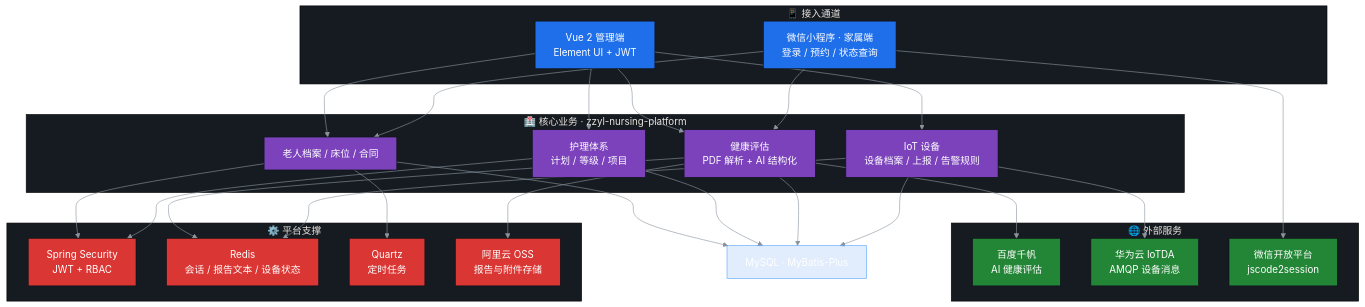
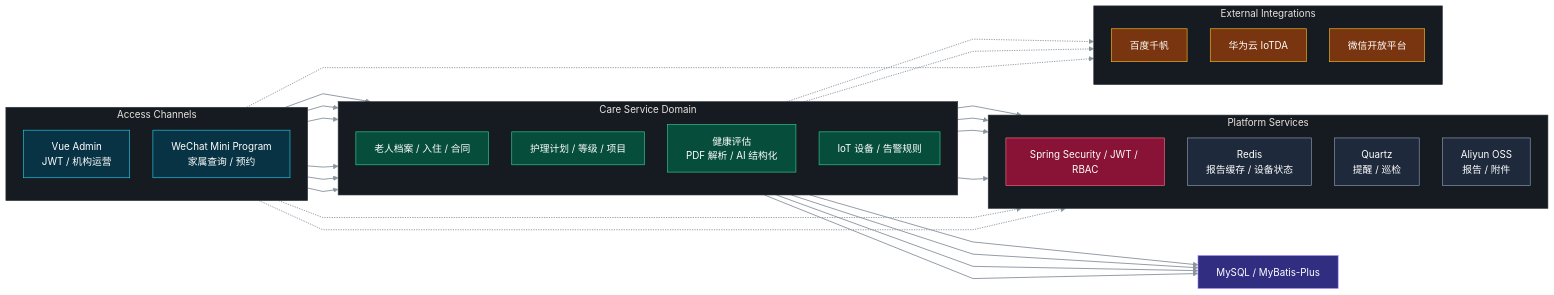
The fourth of 4 diagrams in README.md (1byteone/1byteone), drawn with Mermaid before and after one commit. The commit also changed other lines of this file, not shown here.

Commit message:
style: refine mermaid architecture diagrams

````diff
--- a/README.md
+++ b/README.md
@@ -478,62 +503,69 @@
 ```mermaid
-%%{init: {'theme':'base','themeVariables': {'background':'#0d1117','primaryColor':'#1f6feb22','primaryTextColor':'#ffffff','primaryBorderColor':'#58a6ff','lineColor':'#8b949e','tertiaryColor':'#161b22','fontFamily':'ui-monospace, SFMono-Regular, Menlo, Monaco, Consolas, monospace'}}}%%
-flowchart TB
-    subgraph Channels["📱 接入通道"]
-        ADMIN["Vue 2 管理端<br/>Element UI + JWT"]
-        MINIAPP["微信小程序 · 家属端<br/>登录 / 预约 / 状态查询"]
+%%{init: {"theme":"base","flowchart":{"curve":"linear","nodeSpacing":38,"rankSpacing":50},"themeVariables":{"background":"#0d1117","primaryTextColor":"#e6edf3","lineColor":"#8b949e","tertiaryColor":"#161b22","clusterBkg":"#161b22","clusterBorder":"#30363d","edgeLabelBackground":"#0d1117","fontFamily":"ui-monospace, SFMono-Regular, Menlo, Monaco, Consolas, monospace"}}}%%
+flowchart LR
+    subgraph CHANNEL["Access Channels"]
+        direction TB
+        ADMIN["Vue Admin<br/>JWT / 机构运营"]
+        MINI["WeChat Mini Program<br/>家属查询 / 预约"]
     end
 
-    subgraph Business["🏥 核心业务 · zzyl-nursing-platform"]
-        ELDER["老人档案 / 床位 / 合同"]
-        NURSING["护理体系<br/>计划 / 等级 / 项目"]
-        HEALTH["健康评估<br/>PDF 解析 + AI 结构化"]
-        DEVICE["IoT 设备<br/>设备档案 / 上报 / 告警规则"]
+    subgraph CORE["Care Service Domain"]
+        direction TB
+        ELDER["老人档案 / 入住 / 合同"]
+        CARE["护理计划 / 等级 / 项目"]
+        HEALTH["健康评估<br/>PDF 解析 / AI 结构化"]
+        IOT["IoT 设备 / 告警规则"]
     end
 
-    subgraph Infra["⚙️ 平台支撑"]
-        AUTH["Spring Security<br/>JWT + RBAC"]
-        CACHE["Redis<br/>会话 / 报告文本 / 设备状态"]
-        JOB["Quartz<br/>定时任务"]
-        OSS["阿里云 OSS<br/>报告与附件存储"]
+    subgraph PLATFORM["Platform Services"]
+        direction TB
+        SEC["Spring Security / JWT / RBAC"]
+        CACHE["Redis<br/>报告缓存 / 设备状态"]
+        JOB["Quartz<br/>提醒 / 巡检"]
+        OSS["Aliyun OSS<br/>报告 / 附件"]
     end
 
-    subgraph External["🌐 外部服务"]
-        BAIDU["百度千帆<br/>AI 健康评估"]
-        HUAWEI["华为云 IoTDA<br/>AMQP 设备消息"]
-        WECHAT["微信开放平台<br/>jscode2session"]
+    subgraph EXT["External Integrations"]
+        direction TB
+        BAIDU["百度千帆"]
+        HUAWEI["华为云 IoTDA"]
+        WECHAT["微信开放平台"]
     end
 
-    DATA["MySQL · MyBatis-Plus"]
+    DB["MySQL / MyBatis-Plus"]
 
     ADMIN --> ELDER
-    ADMIN --> NURSING
+    ADMIN --> CARE
     ADMIN --> HEALTH
-    ADMIN --> DEVICE
-    MINIAPP --> ELDER
-    MINIAPP --> HEALTH
-    MINIAPP --> WECHAT
+    ADMIN --> IOT
+    MINI --> ELDER
+    MINI --> HEALTH
+    MINI -.-> WECHAT
 
-    HEALTH --> BAIDU
+    ADMIN -.-> SEC
+    MINI -.-> SEC
     HEALTH --> OSS
+    HEALTH -.-> BAIDU
     HEALTH --> CACHE
-    DEVICE --> HUAWEI
-    DEVICE --> CACHE
+    HEALTH --> DB
+    IOT -.-> HUAWEI
+    IOT --> CACHE
+    IOT --> DB
+    ELDER --> JOB
+    ELDER --> DB
+    CARE --> DB
 
-    ELDER --> AUTH
-    NURSING --> AUTH
-    ELDER --> JOB
-
-    ELDER --> DATA
-    NURSING --> DATA
-    HEALTH --> DATA
-    DEVICE --> DATA
-
-    classDef channel fill:#1f6feb,stroke:#0d1117,color:#fff
-    classDef biz fill:#7B42BC,stroke:#0d1117,color:#fff
-    classDef infra fill:#DA3633,stroke:#0d1117,color:#fff
-    classDef ext fill:#238636,stroke:#0d1117,color:#fff
-    class ADMIN,MINIAPP channel
-    class ELDER,NURSING,HEALTH,DEVICE biz
-    class AUTH,CACHE,JOB,OSS infra
+    classDef channel fill:#083344,stroke:#22d3ee,color:#ffffff
+    classDef core fill:#064e3b,stroke:#34d399,color:#ffffff
+    classDef security fill:#881337,stroke:#fb7185,color:#ffffff
+    classDef platform fill:#1e293b,stroke:#94a3b8,color:#ffffff
+    classDef ext fill:#78350f,stroke:#fbbf24,color:#ffffff
+    classDef data fill:#312e81,stroke:#a78bfa,color:#ffffff
+    class ADMIN,MINI channel
+    class ELDER,CARE,HEALTH,IOT core
+    class SEC security
+    class CACHE,JOB,OSS platform
     class BAIDU,HUAWEI,WECHAT ext
+    class DB data
+    linkStyle default stroke:#8b949e,stroke-width:1.5px
 ```
````
